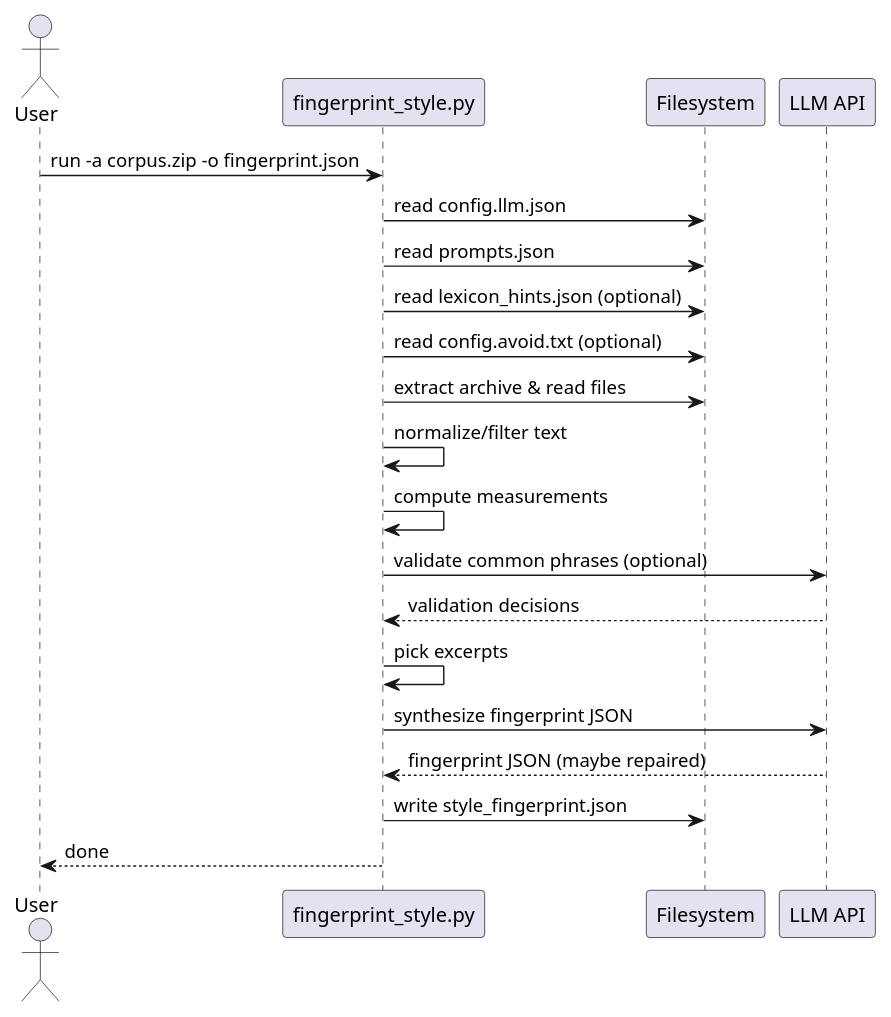
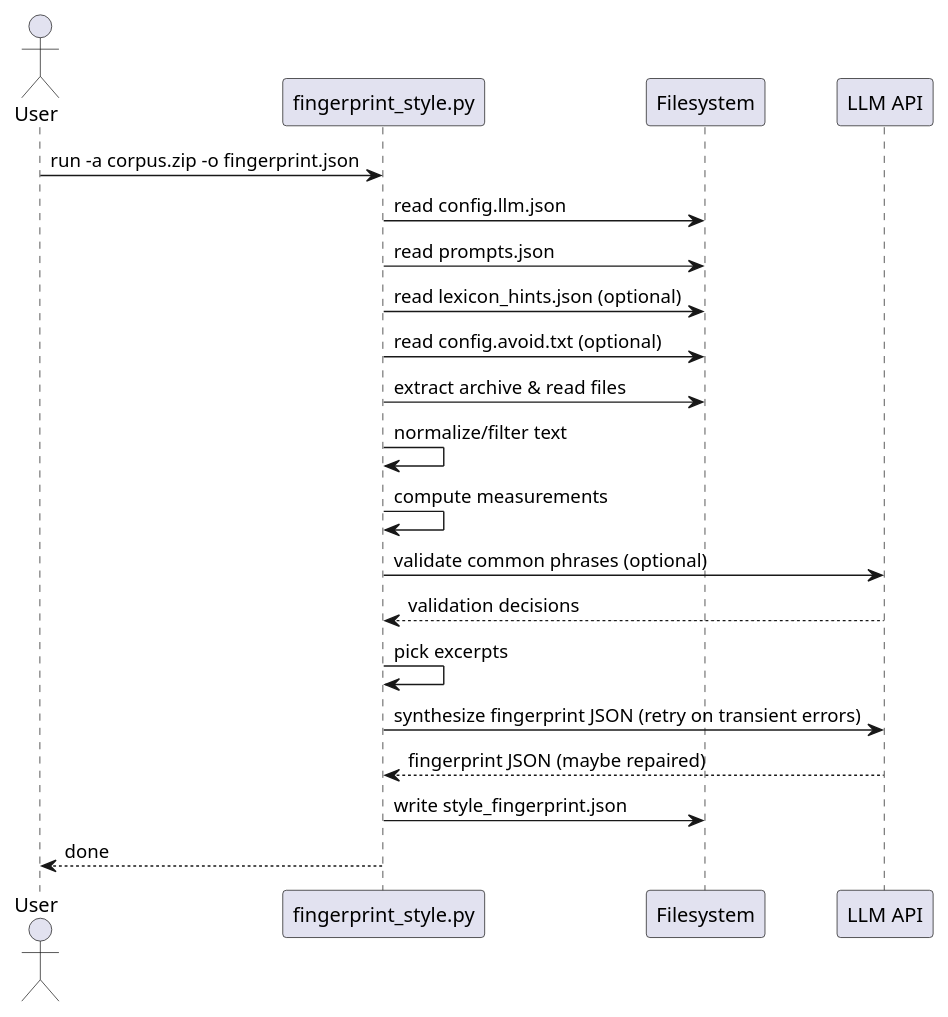
The third of 3 diagrams in UML-Fingerprint.md (ngpepin/stylometric-transfer), drawn with PlantUML before and after one commit. The commit also changed other lines of this file and 1 other file, not shown here.

Commit message:
feat: add retry with backoff for LLM calls in apply and fingerprint pipelines

````diff
--- a/UML-Fingerprint.md
+++ b/UML-Fingerprint.md
@@ -114,24 +119,24 @@
 ```plantuml
 @startuml
 actor User
 participant "fingerprint_style.py" as FS
 participant "Filesystem" as FSYS
 participant "LLM API" as LLM
 
 User -> FS : run -a corpus.zip -o fingerprint.json
 FS -> FSYS : read config.llm.json
 FS -> FSYS : read prompts.json
 FS -> FSYS : read lexicon_hints.json (optional)
 FS -> FSYS : read config.avoid.txt (optional)
 FS -> FSYS : extract archive & read files
 FS -> FS : normalize/filter text
 FS -> FS : compute measurements
 FS -> LLM : validate common phrases (optional)
 LLM --> FS : validation decisions
 FS -> FS : pick excerpts
-FS -> LLM : synthesize fingerprint JSON
+FS -> LLM : synthesize fingerprint JSON (retry on transient errors)
 LLM --> FS : fingerprint JSON (maybe repaired)
 FS -> FSYS : write style_fingerprint.json
 FS --> User : done
 @enduml
 ```
````
